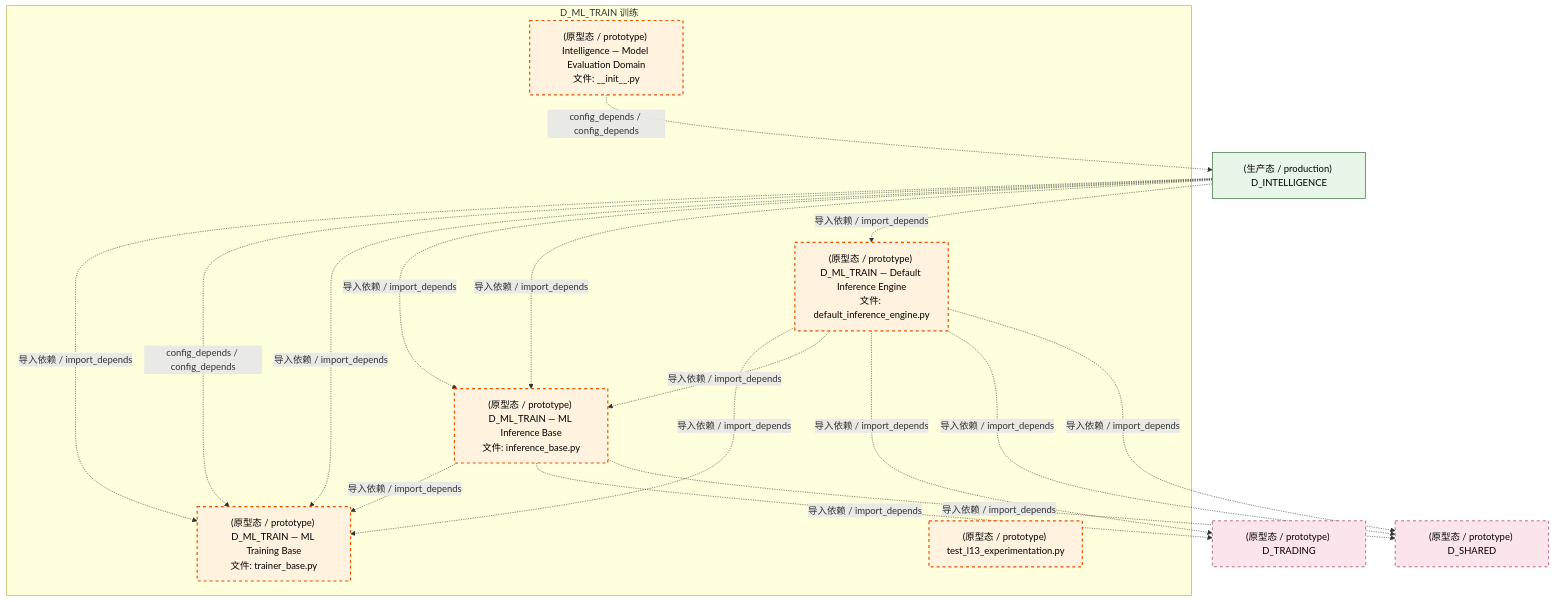
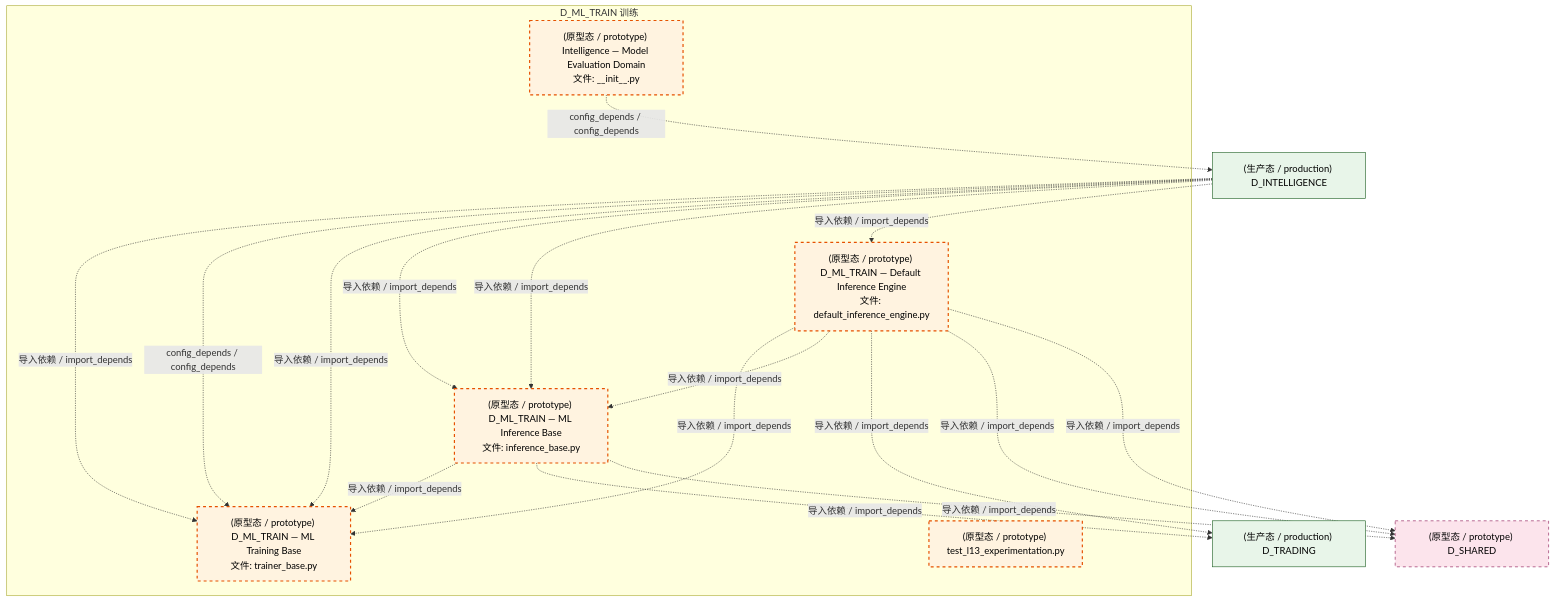
One commit to xuanFelixVan/ZephyrAlpha changed the third of 4 diagrams in docs/02_enterprise_architecture/02_domain_architecture_docs/50_d_ml_train.md. Above: the diagram before and after it, drawn with Mermaid. The commit also changed other lines of this file and 126 other files, not shown here.

````diff
--- a/docs/02_enterprise_architecture/02_domain_architecture_docs/50_d_ml_train.md
+++ b/docs/02_enterprise_architecture/02_domain_architecture_docs/50_d_ml_train.md
@@ -142,35 +137,35 @@
 ```mermaid
 graph TD
     subgraph D_ML_TRAIN["D_ML_TRAIN 训练"]
         src_zephyr_intelligence_model_evaluation_init_py["(原型态 / prototype) Intelligence — Model Evaluation Domain<br/>文件: __init__.py"]
         src_zephyr_ml_train_implementations_default_inference_engine_py["(原型态 / prototype) D_ML_TRAIN — Default Inference Engine<br/>文件: default_inference_engine.py"]
         src_zephyr_ml_train_inference_base_py["(原型态 / prototype) D_ML_TRAIN — ML Inference Base<br/>文件: inference_base.py"]
         src_zephyr_ml_train_trainer_base_py["(原型态 / prototype) D_ML_TRAIN — ML Training Base<br/>文件: trainer_base.py"]
         tests_ml_experiment_test_l13_experimentation_py["(原型态 / prototype) test_l13_experimentation.py"]
     end
     src_zephyr_ml_train_inference_base_py -.->|导入依赖 / import_depends| src_zephyr_ml_train_trainer_base_py
     src_zephyr_ml_train_implementations_default_inference_engine_py -.->|导入依赖 / import_depends| src_zephyr_ml_train_trainer_base_py
     src_zephyr_ml_train_implementations_default_inference_engine_py -.->|导入依赖 / import_depends| src_zephyr_ml_train_inference_base_py
     D_INTELLIGENCE["(生产态 / production) D_INTELLIGENCE"]
     src_zephyr_intelligence_model_evaluation_init_py -.->|config_depends / config_depends| D_INTELLIGENCE
-    D_TRADING["(原型态 / prototype) D_TRADING"]
+    D_TRADING["(生产态 / production) D_TRADING"]
     src_zephyr_ml_train_inference_base_py -.->|导入依赖 / import_depends| D_TRADING
     D_SHARED["(原型态 / prototype) D_SHARED"]
     src_zephyr_ml_train_inference_base_py -.->|导入依赖 / import_depends| D_SHARED
     src_zephyr_ml_train_implementations_default_inference_engine_py -.->|导入依赖 / import_depends| D_TRADING
     src_zephyr_ml_train_implementations_default_inference_engine_py -.->|导入依赖 / import_depends| D_SHARED
     src_zephyr_ml_train_implementations_default_inference_engine_py -.->|导入依赖 / import_depends| D_SHARED
     D_INTELLIGENCE -.->|导入依赖 / import_depends| src_zephyr_ml_train_trainer_base_py
     D_INTELLIGENCE -.->|config_depends / config_depends| src_zephyr_ml_train_trainer_base_py
     D_INTELLIGENCE -.->|导入依赖 / import_depends| src_zephyr_ml_train_trainer_base_py
     D_INTELLIGENCE -.->|导入依赖 / import_depends| src_zephyr_ml_train_inference_base_py
     D_INTELLIGENCE -.->|导入依赖 / import_depends| src_zephyr_ml_train_inference_base_py
     D_INTELLIGENCE -.->|导入依赖 / import_depends| src_zephyr_ml_train_implementations_default_inference_engine_py
     classDef production fill:#e1f5fe,stroke:#01579b,stroke-width:2px,color:#000
     classDef design fill:#fff3e0,stroke:#e65100,stroke-width:2px,color:#000,stroke-dasharray: 5 5
     classDef external_prod fill:#e8f5e9,stroke:#1b5e20,stroke-width:1px,color:#000
     classDef external_design fill:#fce4ec,stroke:#880e4f,stroke-width:1px,color:#000,stroke-dasharray: 5 5
     class src_zephyr_intelligence_model_evaluation_init_py,src_zephyr_ml_train_implementations_default_inference_engine_py,src_zephyr_ml_train_inference_base_py,src_zephyr_ml_train_trainer_base_py,tests_ml_experiment_test_l13_experimentation_py design
-    class D_INTELLIGENCE external_prod
-    class D_TRADING,D_SHARED external_design
+    class D_INTELLIGENCE,D_TRADING external_prod
+    class D_SHARED external_design
 ```
````
